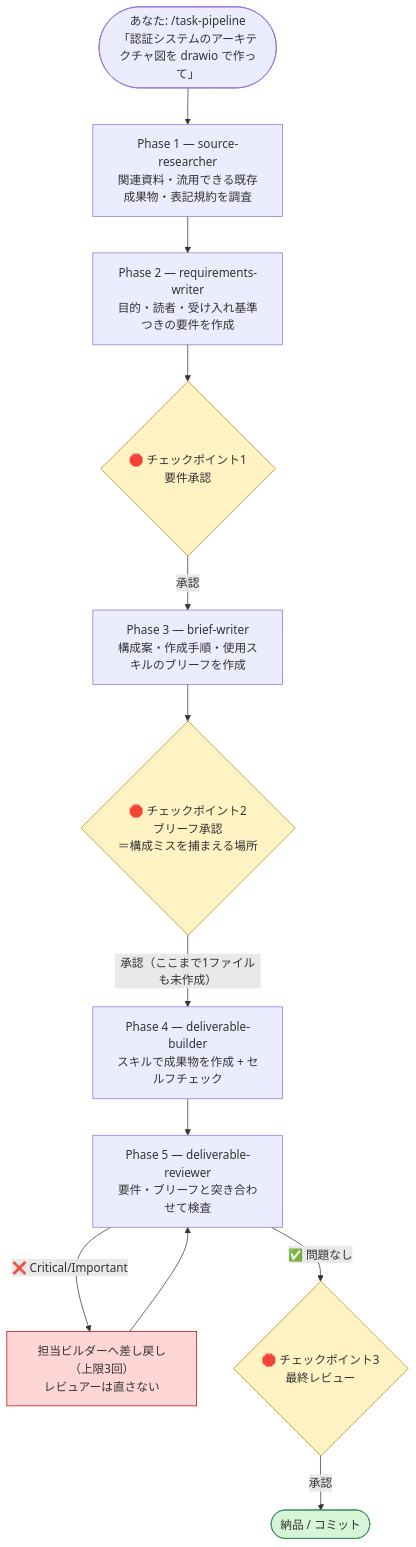
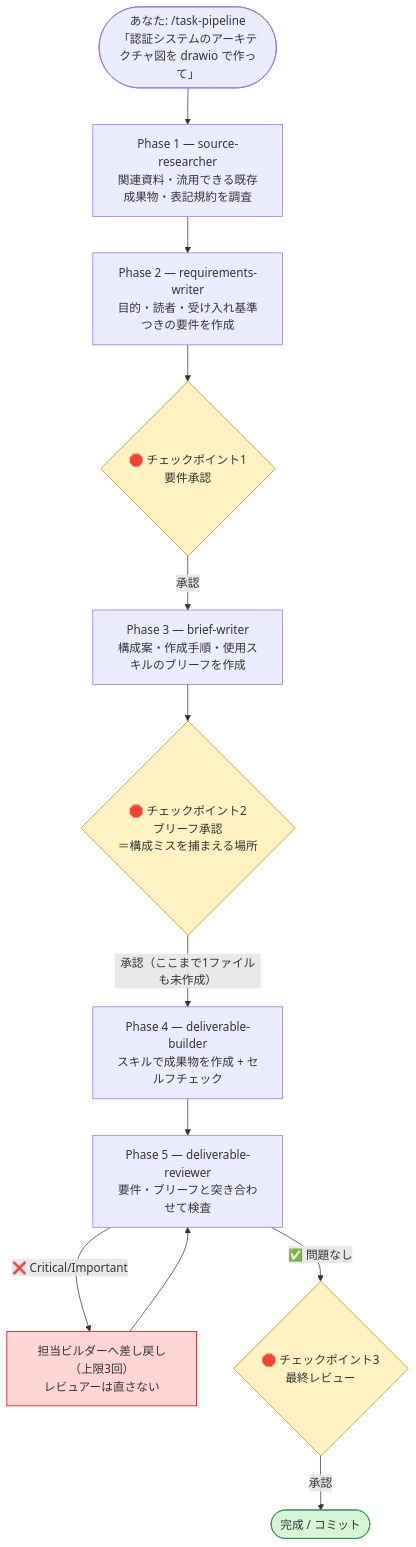
Before and after one commit to mrkxlia/claude-code-workbench-ja: the second of 3 diagrams in task-pipeline/README.md, drawn with Mermaid. The commit also changed other lines of this file and 19 other files, not shown here.

````diff
--- a/task-pipeline/README.md
+++ b/task-pipeline/README.md
@@ -103,19 +103,19 @@
 ```mermaid
 flowchart TB
     req(["あなた: /task-pipeline<br/>「認証システムのアーキテクチャ図を drawio で作って」"]) --> p1
     p1["Phase 1 — source-researcher<br/>関連資料・流用できる既存成果物・表記規約を調査"] --> p2
     p2["Phase 2 — requirements-writer<br/>目的・読者・受け入れ基準つきの要件を作成"] --> c1{"🛑 チェックポイント1<br/>要件承認"}
     c1 -->|承認| p3["Phase 3 — brief-writer<br/>構成案・作成手順・使用スキルのブリーフを作成"]
     p3 --> c2{"🛑 チェックポイント2<br/>ブリーフ承認<br/>＝構成ミスを捕まえる場所"}
     c2 -->|"承認（ここまで1ファイルも未作成）"| p4["Phase 4 — deliverable-builder<br/>スキルで成果物を作成 + セルフチェック"]
     p4 --> p5["Phase 5 — deliverable-reviewer<br/>要件・ブリーフと突き合わせて検査"]
     p5 -->|"❌ Critical/Important"| rework["担当ビルダーへ差し戻し（上限3回）<br/>レビュアーは直さない"]
     rework --> p5
     p5 -->|"✅ 問題なし"| c3{"🛑 チェックポイント3<br/>最終レビュー"}
-    c3 -->|承認| ship(["納品 / コミット"])
+    c3 -->|承認| ship(["完成 / コミット"])
     style c1 fill:#fff3c4,stroke:#b8860b
     style c2 fill:#fff3c4,stroke:#b8860b
     style c3 fill:#fff3c4,stroke:#b8860b
     style rework fill:#ffd6d6,stroke:#cc0000
     style ship fill:#d6f5d6,stroke:#2e8b57
 ```
````
